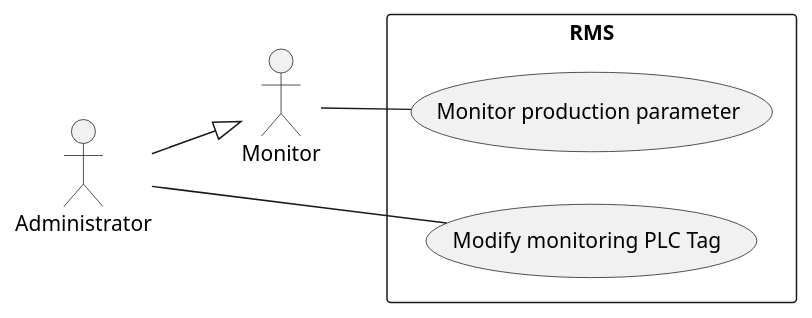
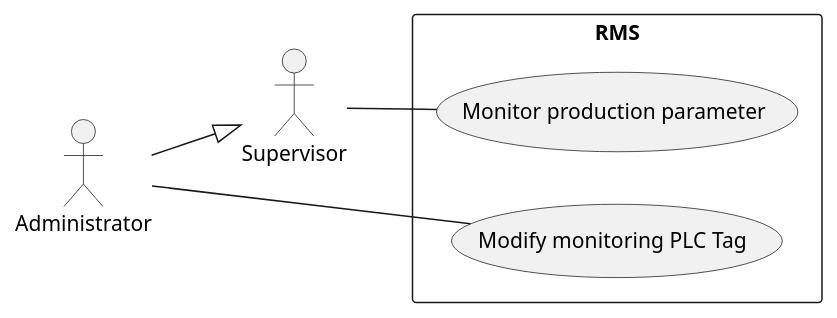
The diagram in Report7/SRS/FunctionalRequirement/Monitoring/use-case.wsd (f-pms/Document), drawn with PlantUML before and after one commit. The commit also changed 7 other files, not shown here.

```diff
--- a/Report7/SRS/FunctionalRequirement/Monitoring/use-case.wsd
+++ b/Report7/SRS/FunctionalRequirement/Monitoring/use-case.wsd
@@ -1,15 +1,15 @@
 @startuml
 left to right direction
-actor "Monitor" as m
+actor "Supervisor" as m
 actor "Administrator" as a
 
 rectangle RMS {
  (Monitor production parameter) as mp
  (Modify monitoring PLC Tag) as mm
 }
 
 m -- mp
 a --|> m
 a -- mm
 
 @enduml
```
